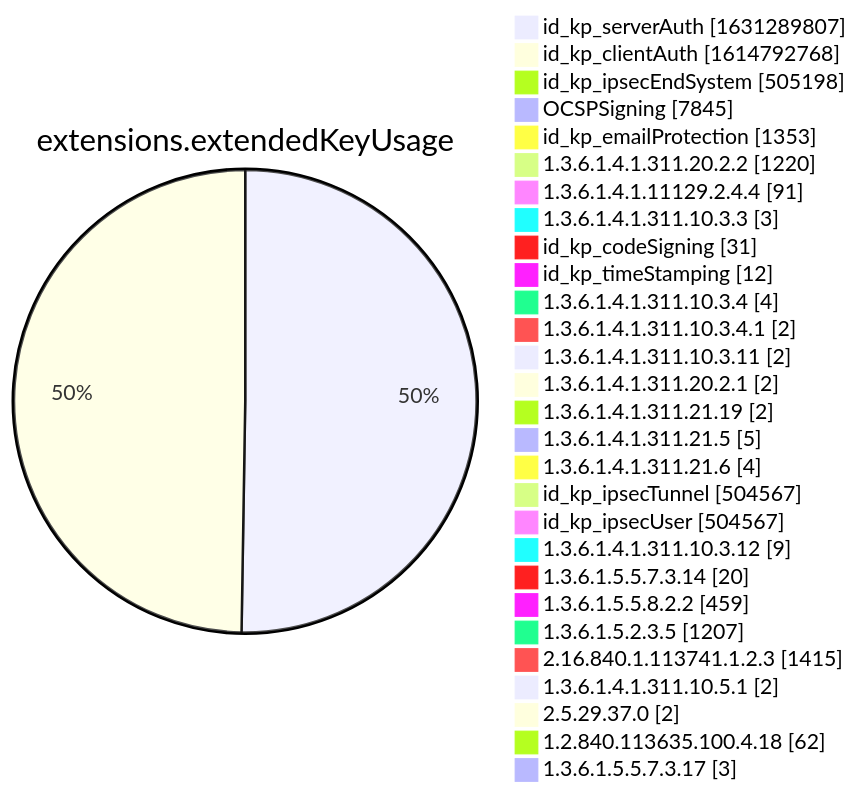
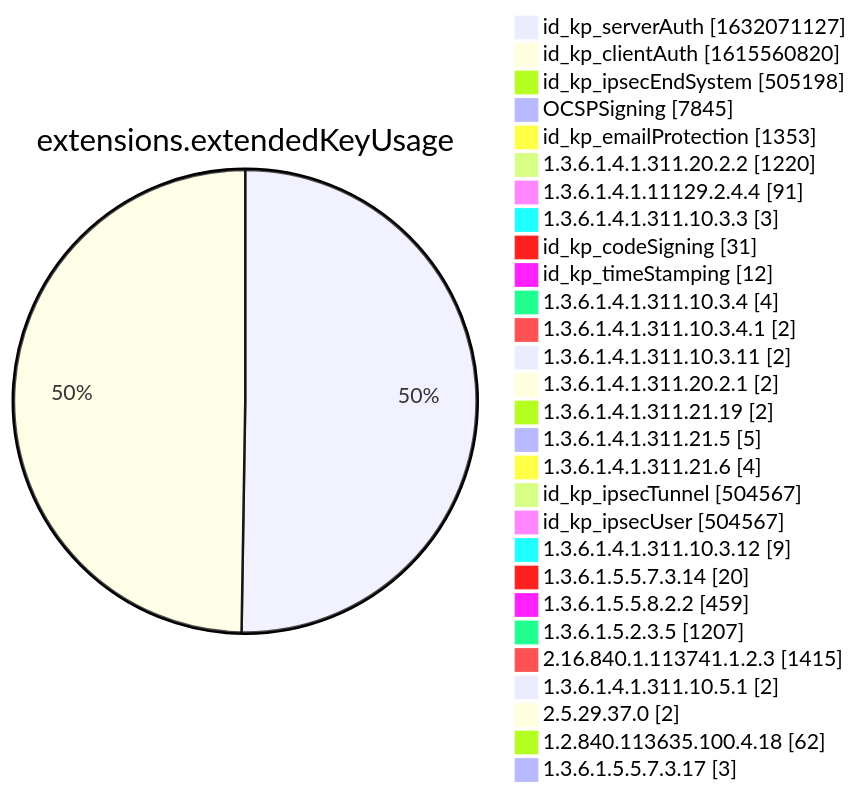
One commit to christiankrug/ctmonitor_visualization changed diagram 12 of 15 in xenon2022/README.md. Above: the diagram before and after it, drawn with Mermaid. The commit also changed other lines of this file, not shown here.

````diff
--- a/xenon2022/README.md
+++ b/xenon2022/README.md
@@ -3886,32 +3886,32 @@
 ```mermaid
 pie showData
 title extensions.extendedKeyUsage
-"id_kp_serverAuth" :1631289807
-"id_kp_clientAuth" :1614792768
+"id_kp_serverAuth" :1632071127
+"id_kp_clientAuth" :1615560820
 "id_kp_ipsecEndSystem" :505198
 "OCSPSigning" :7845
 "id_kp_emailProtection" :1353
 "1.3.6.1.4.1.311.20.2.2" :1220
 "1.3.6.1.4.1.11129.2.4.4" :91
 "1.3.6.1.4.1.311.10.3.3" :3
 "id_kp_codeSigning" :31
 "id_kp_timeStamping" :12
 "1.3.6.1.4.1.311.10.3.4" :4
 "1.3.6.1.4.1.311.10.3.4.1" :2
 "1.3.6.1.4.1.311.10.3.11" :2
 "1.3.6.1.4.1.311.20.2.1" :2
 "1.3.6.1.4.1.311.21.19" :2
 "1.3.6.1.4.1.311.21.5" :5
 "1.3.6.1.4.1.311.21.6" :4
 "id_kp_ipsecTunnel" :504567
 "id_kp_ipsecUser" :504567
 "1.3.6.1.4.1.311.10.3.12" :9
 "1.3.6.1.5.5.7.3.14" :20
 "1.3.6.1.5.5.8.2.2" :459
 "1.3.6.1.5.2.3.5" :1207
 "2.16.840.1.113741.1.2.3" :1415
 "1.3.6.1.4.1.311.10.5.1" :2
 "2.5.29.37.0" :2
 "1.2.840.113635.100.4.18" :62
 "1.3.6.1.5.5.7.3.17" :3
 ```
````
